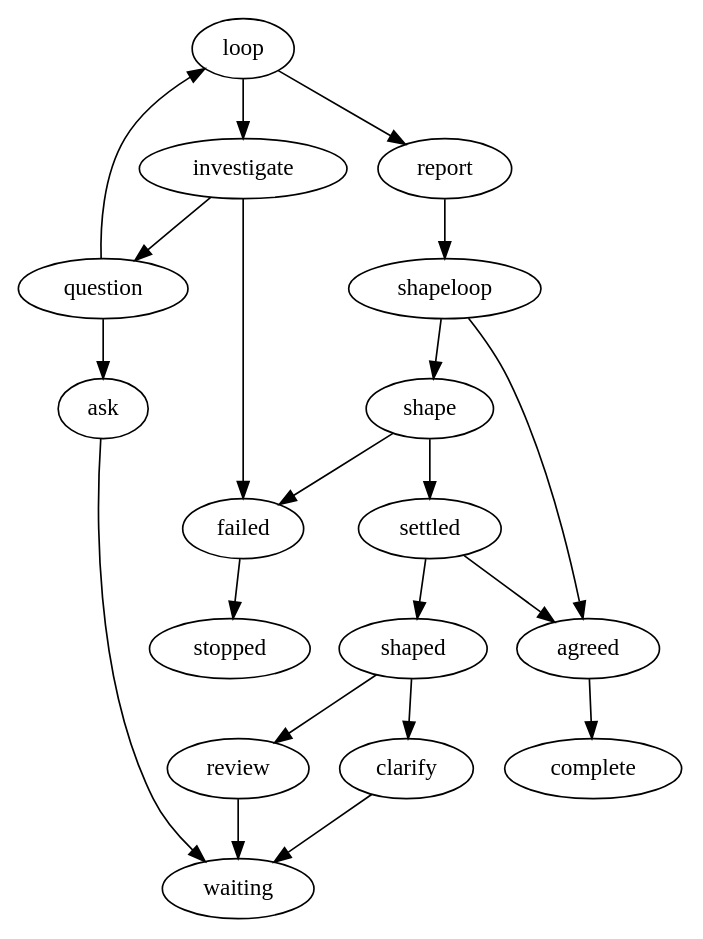
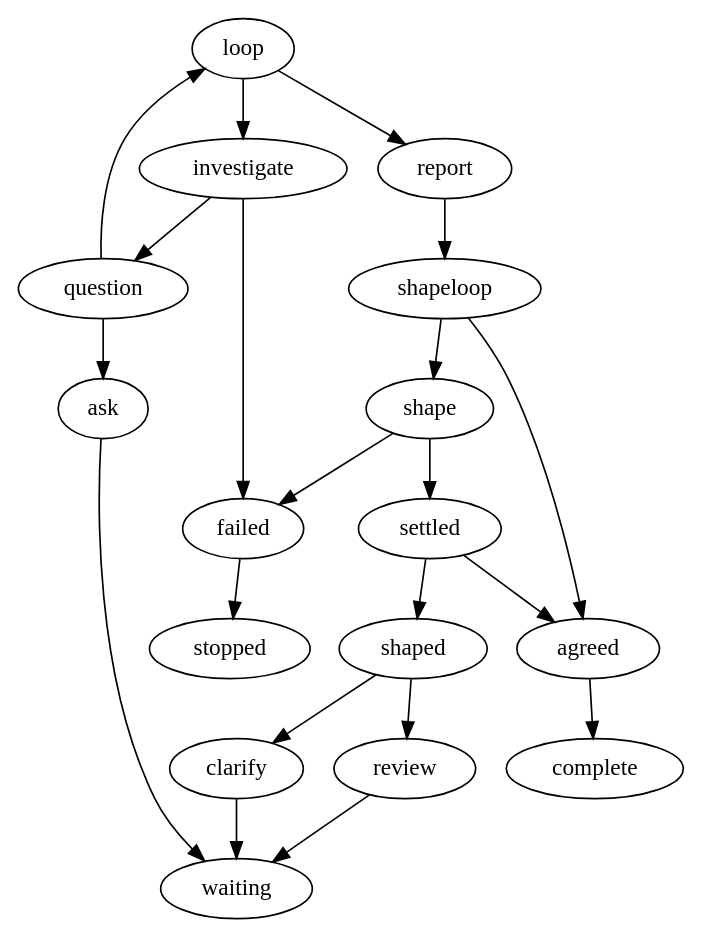
The diagram in internal/teamsource/research/research.dot (marioatcloudvane/litefactory), drawn with Graphviz before and after one commit. The commit also changed 7 other files, not shown here.

```diff
--- a/internal/teamsource/research/research.dot
+++ b/internal/teamsource/research/research.dot
@@ -1,37 +1,64 @@
-// Two owner-authorized stages, each one reasoning role. Research is an
-// introduction: one pass, publish, hand on. Shaping is where the work happens,
-// so it cannot advance on its own — the only edge into its final publication
-// needs "approved", which an agent may only return when an owner reply said so.
-// Everything else loops back for another pass.
-// Limits persist across replies.
-// Every loop, branch and comment names the agent whose response it reads, so the
-// shaping stage bootstraps from its own default instead of inheriting
-// clarification's. One run advances one stage: publishing the report parks the
-// instance and a graph dispatch carries it into the run that continues it.
-// The ask default initializes only the first evaluation of each stage.
+// Research runs in two owner-authorized stages, each with one reasoning role.
+//
+// Clarification is an introduction: one pass, publish, hand on. Shaping is
+// where the work happens, so it cannot advance on its own — the only edge into
+// its final publication needs "approved", which an agent may return only when
+// an owner reply said so. Everything else loops back for another pass.
+//
+// One run advances one stage. Publishing the report parks the instance, and a
+// graph dispatch carries it into the run that continues it. Limits persist
+// across replies, and every loop, branch and comment names the agent whose
+// response it reads, so a later stage bootstraps from its own default instead
+// of inheriting the previous one's. The ask default initializes only the first
+// evaluation of each stage.
 digraph research {
  graph [team="builtin", mode="research", profile_version="1", start="loop"];
- loop [lf_action="lf_research_loop", lf_outcomes="true,false", lf_field="response", lf_condition="ask", lf_default="ask", lf_limit="8", lf_source="investigate"];
- investigate [lf_action="lf_research_agent", lf_outcomes="success,failed", lf_agent_markdown="research", lf_skills="research-evidence", lf_limit="8"];
- question [lf_action="lf_research_if", lf_outcomes="true,false", lf_field="response", lf_condition="ask", lf_limit="8", lf_source="investigate"];
- ask [lf_action="lf_research_comment", lf_outcomes="published", lf_kind="question", lf_limit="8", lf_source="investigate"];
- report [lf_action="lf_research_comment", lf_outcomes="published", lf_kind="final", lf_limit="1", lf_source="investigate"];
- shapeloop [lf_action="lf_research_loop", lf_outcomes="true,false", lf_field="response", lf_condition="ask", lf_default="ask", lf_limit="8", lf_source="shape"];
- shape [lf_action="lf_research_agent", lf_outcomes="success,failed", lf_agent_markdown="shaping", lf_skills="research-evidence", lf_limit="8"];
- settled [lf_action="lf_research_if", lf_outcomes="true,false", lf_field="response", lf_condition="approved", lf_limit="8", lf_source="shape"];
- shaped [lf_action="lf_research_if", lf_outcomes="true,false", lf_field="response", lf_condition="ask", lf_limit="8", lf_source="shape"];
- review [lf_action="lf_research_comment", lf_outcomes="published", lf_kind="review", lf_limit="8", lf_source="shape"];
- clarify [lf_action="lf_research_comment", lf_outcomes="published", lf_kind="question", lf_limit="8", lf_source="shape"];
- agreed [lf_action="lf_research_comment", lf_outcomes="published", lf_kind="final", lf_limit="1", lf_source="shape"];
- failed [lf_action="lf_research_comment", lf_outcomes="published", lf_kind="failure", lf_limit="1"];
- waiting [lf_terminal="true"];complete [lf_terminal="true"];stopped [lf_terminal="true"];
- loop -> investigate [lf_on="true"];loop -> report [lf_on="false"];
- investigate -> question [lf_on="success"];question -> ask [lf_on="true"];question -> loop [lf_on="false"];
- ask -> waiting [lf_on="published"];report -> shapeloop [lf_on="published"];
- shapeloop -> shape [lf_on="true"];shapeloop -> agreed [lf_on="false"];
- shape -> settled [lf_on="success"];settled -> agreed [lf_on="true"];settled -> shaped [lf_on="false"];
- shaped -> clarify [lf_on="true"];shaped -> review [lf_on="false"];
- review -> waiting [lf_on="published"];
- clarify -> waiting [lf_on="published"];agreed -> complete [lf_on="published"];
- investigate -> failed [lf_on="failed"];shape -> failed [lf_on="failed"];failed -> stopped [lf_on="published"];
+
+ // ---- Stage 1: clarification -------------------------------------------
+ loop        [lf_action="lf_research_loop",    lf_outcomes="true,false", lf_field="response", lf_condition="ask", lf_default="ask", lf_limit="8", lf_source="investigate"];
+ investigate [lf_action="lf_research_agent",   lf_outcomes="success,failed", lf_agent_markdown="research", lf_skills="research-evidence", lf_limit="8"];
+ question    [lf_action="lf_research_if",      lf_outcomes="true,false", lf_field="response", lf_condition="ask", lf_limit="8", lf_source="investigate"];
+ ask         [lf_action="lf_research_comment", lf_outcomes="published", lf_kind="question", lf_limit="8", lf_source="investigate"];
+ report      [lf_action="lf_research_comment", lf_outcomes="published", lf_kind="final",    lf_limit="1", lf_source="investigate"];
+
+ // ---- Stage 2: shaping ---------------------------------------------------
+ shapeloop   [lf_action="lf_research_loop",    lf_outcomes="true,false", lf_field="response", lf_condition="ask", lf_default="ask", lf_limit="8", lf_source="shape"];
+ shape       [lf_action="lf_research_agent",   lf_outcomes="success,failed", lf_agent_markdown="shaping", lf_skills="research-evidence", lf_limit="8"];
+ settled     [lf_action="lf_research_if",      lf_outcomes="true,false", lf_field="response", lf_condition="approved", lf_limit="8", lf_source="shape"];
+ shaped      [lf_action="lf_research_if",      lf_outcomes="true,false", lf_field="response", lf_condition="ask", lf_limit="8", lf_source="shape"];
+ clarify     [lf_action="lf_research_comment", lf_outcomes="published", lf_kind="question", lf_limit="8", lf_source="shape"];
+ review      [lf_action="lf_research_comment", lf_outcomes="published", lf_kind="review",   lf_limit="8", lf_source="shape"];
+ agreed      [lf_action="lf_research_comment", lf_outcomes="published", lf_kind="final",    lf_limit="1", lf_source="shape"];
+
+ // ---- Failure and terminals ----------------------------------------------
+ failed      [lf_action="lf_research_comment", lf_outcomes="published", lf_kind="failure",  lf_limit="1"];
+ waiting     [lf_terminal="true"];
+ complete    [lf_terminal="true"];
+ stopped     [lf_terminal="true"];
+
+ // Stage 1: investigate until the request is clear, then report and hand on.
+ loop        -> investigate [lf_on="true"];
+ loop        -> report      [lf_on="false"];
+ investigate -> question    [lf_on="success"];
+ question    -> ask         [lf_on="true"];    // needs an answer
+ question    -> loop        [lf_on="false"];   // nothing to ask; report
+ ask         -> waiting     [lf_on="published"];
+ report      -> shapeloop   [lf_on="published"];  // hands over; does not end
+
+ // Stage 2: shape, show the owner, and advance only once they approve.
+ shapeloop   -> shape       [lf_on="true"];
+ shapeloop   -> agreed      [lf_on="false"];
+ shape       -> settled     [lf_on="success"];
+ settled     -> agreed      [lf_on="true"];    // the owner approved
+ settled     -> shaped      [lf_on="false"];
+ shaped      -> clarify     [lf_on="true"];    // needs an answer
+ shaped      -> review      [lf_on="false"];   // has a draft; asks if it stands
+ clarify     -> waiting     [lf_on="published"];
+ review      -> waiting     [lf_on="published"];
+ agreed      -> complete    [lf_on="published"];
+
+ // A failed stage reports why and stops; nothing retries on its own.
+ investigate -> failed      [lf_on="failed"];
+ shape       -> failed      [lf_on="failed"];
+ failed      -> stopped     [lf_on="published"];
 }
```
